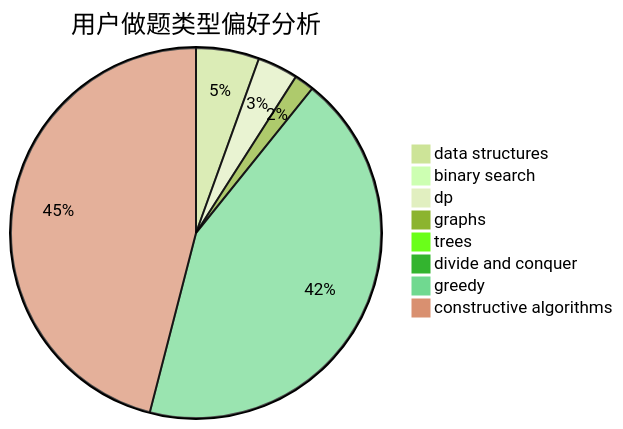
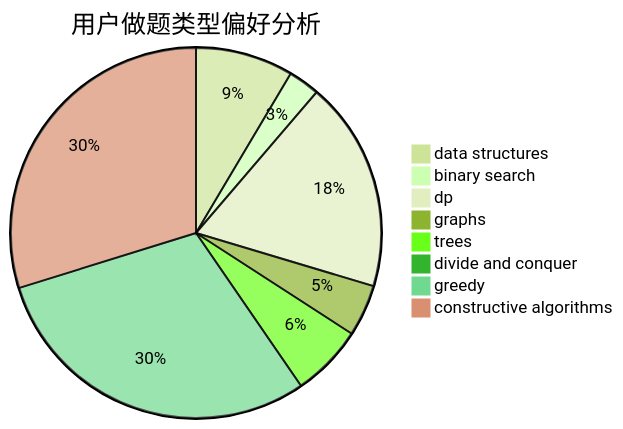
One commit to sherpahu/cfrs.github.io changed the second of 3 diagrams in docs/user/u2403.md. Above: the diagram before and after it, drawn with Mermaid (forest theme). The commit also changed other lines of this file and 2770 other files, not shown here.

````diff
--- a/docs/user/u2403.md
+++ b/docs/user/u2403.md
@@ -23,11 +23,11 @@
 ```mermaid
 pie title 用户做题类型偏好分析
-    "data structures" :  70
-    "binary search" :  11
-    "dp" :  45
-    "graphs" :  22
-    "trees" :  11
+    "data structures" :  53
+    "binary search" :  17
+    "dp" :  114
+    "graphs" :  28
+    "trees" :  39
     "divide and conquer" :  0
-    "greedy" :  549
-    "constructive algorithms" :  584
+    "greedy" :  185
+    "constructive algorithms" :  185
 ```
````
